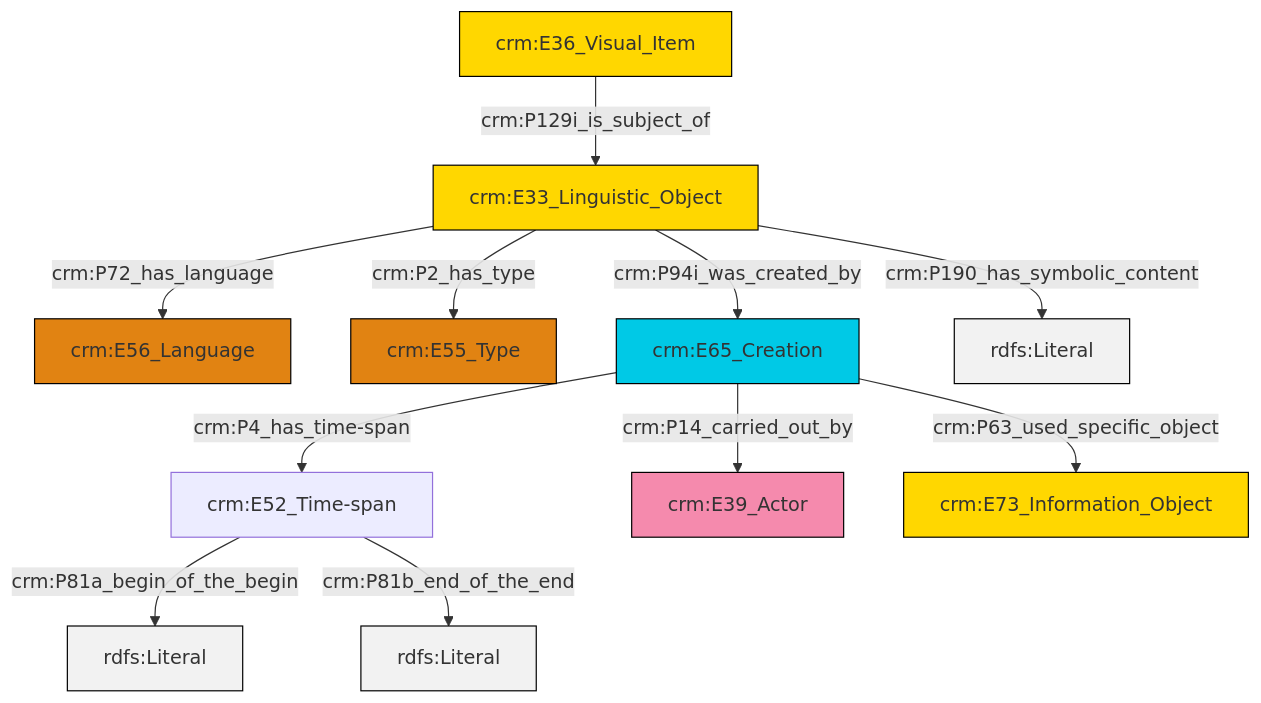
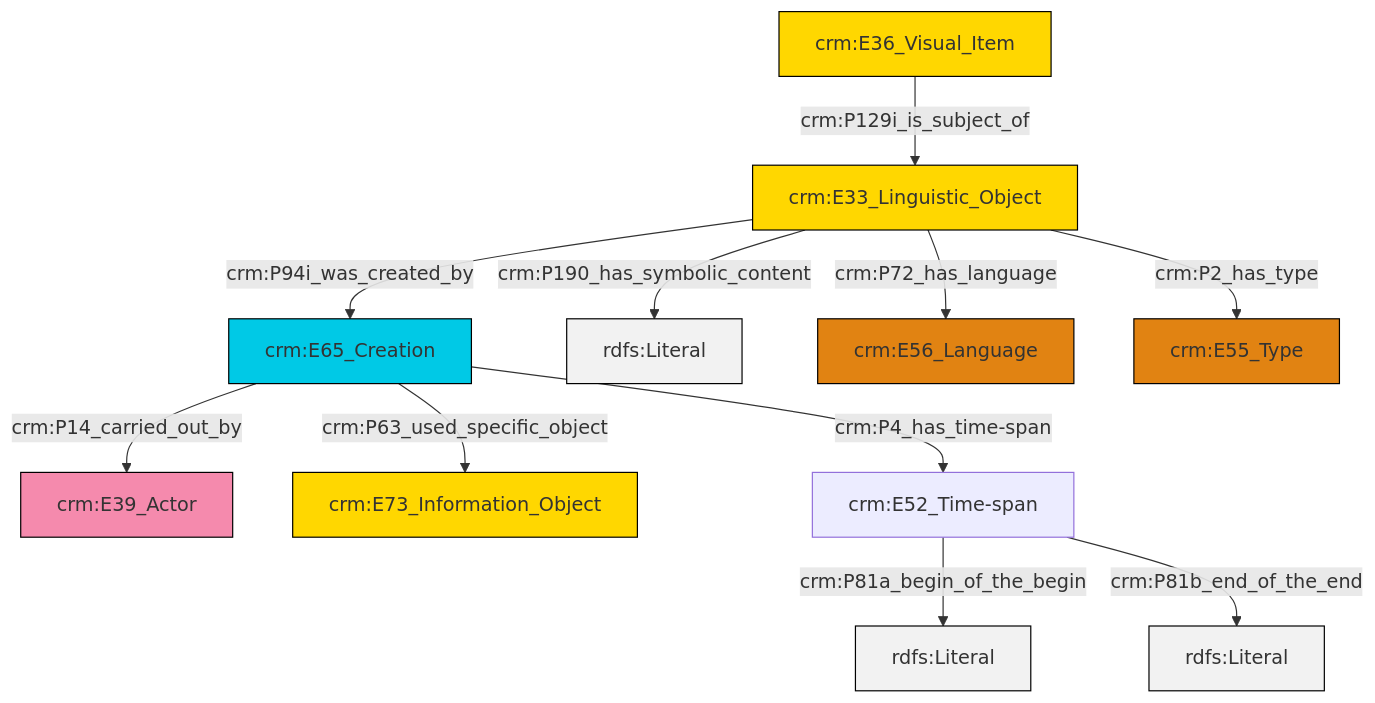
One commit to swiss-art-research-net/docs.swissartresearch changed the diagram in et/imgCSV/ttl/mmd/img_desc.ttl.mmd. Above: the diagram before and after it, drawn with Mermaid. The commit also changed 178 other files, not shown here.

```diff
--- a/et/imgCSV/ttl/mmd/img_desc.ttl.mmd
+++ b/et/imgCSV/ttl/mmd/img_desc.ttl.mmd
@@ -1,25 +1,25 @@
 graph TD
 classDef Literal fill:#f2f2f2,stroke:#000000;
 classDef CRM_Entity fill:#FFFFFF,stroke:#000000;
 classDef Temporal_Entity fill:#00C9E6, stroke:#000000;
 classDef Type fill:#E18312, stroke:#000000;
 classDef Time-Span fill:#2C9C91, stroke:#000000;
 classDef Appellation fill:#FFEB7F, stroke:#000000;
 classDef Place fill:#008836, stroke:#000000;
 classDef Persistent_Item fill:#B266B2, stroke:#000000;
 classDef Conceptual_Object fill:#FFD700, stroke:#000000;
 classDef Physical_Thing fill:#D2B48C, stroke:#000000;
 classDef Actor fill:#f58aad, stroke:#000000;
 classDef PC_Classes fill:#4ce600, stroke:#000000;
 classDef Multi fill:#cccccc,stroke:#000000;
 
-0["crm:E33_Linguistic_Object"]:::Conceptual_Object -->|crm:P72_has_language| 1["crm:E56_Language"]:::Type
-0["crm:E33_Linguistic_Object"]:::Conceptual_Object -->|crm:P2_has_type| 3["crm:E55_Type"]:::Type
-4["crm:E52_Time-span"]:::Default -->|crm:P81a_begin_of_the_begin| 5[rdfs:Literal]:::Literal
-6["crm:E65_Creation"]:::Temporal_Entity -->|crm:P14_carried_out_by| 7["crm:E39_Actor"]:::Actor
-6["crm:E65_Creation"]:::Temporal_Entity -->|crm:P63_used_specific_object| 8["crm:E73_Information_Object"]:::Conceptual_Object
-0["crm:E33_Linguistic_Object"]:::Conceptual_Object -->|crm:P94i_was_created_by| 6["crm:E65_Creation"]:::Temporal_Entity
-6["crm:E65_Creation"]:::Temporal_Entity -->|crm:P4_has_time-span| 4["crm:E52_Time-span"]:::Default
-11["crm:E36_Visual_Item"]:::Conceptual_Object -->|crm:P129i_is_subject_of| 0["crm:E33_Linguistic_Object"]:::Conceptual_Object
-4["crm:E52_Time-span"]:::Default -->|crm:P81b_end_of_the_end| 12[rdfs:Literal]:::Literal
-0["crm:E33_Linguistic_Object"]:::Conceptual_Object -->|crm:P190_has_symbolic_content| 13[rdfs:Literal]:::Literal
+0["crm:E65_Creation"]:::Temporal_Entity -->|crm:P14_carried_out_by| 1["crm:E39_Actor"]:::Actor
+2["crm:E33_Linguistic_Object"]:::Conceptual_Object -->|crm:P190_has_symbolic_content| 3[rdfs:Literal]:::Literal
+2["crm:E33_Linguistic_Object"]:::Conceptual_Object -->|crm:P72_has_language| 9["crm:E56_Language"]:::Type
+2["crm:E33_Linguistic_Object"]:::Conceptual_Object -->|crm:P2_has_type| 10["crm:E55_Type"]:::Type
+0["crm:E65_Creation"]:::Temporal_Entity -->|crm:P63_used_specific_object| 7["crm:E73_Information_Object"]:::Conceptual_Object
+5["crm:E36_Visual_Item"]:::Conceptual_Object -->|crm:P129i_is_subject_of| 2["crm:E33_Linguistic_Object"]:::Conceptual_Object
+0["crm:E65_Creation"]:::Temporal_Entity -->|crm:P4_has_time-span| 11["crm:E52_Time-span"]:::Default
+11["crm:E52_Time-span"]:::Default -->|crm:P81a_begin_of_the_begin| 14[rdfs:Literal]:::Literal
+2["crm:E33_Linguistic_Object"]:::Conceptual_Object -->|crm:P94i_was_created_by| 0["crm:E65_Creation"]:::Temporal_Entity
+11["crm:E52_Time-span"]:::Default -->|crm:P81b_end_of_the_end| 17[rdfs:Literal]:::Literal
```
